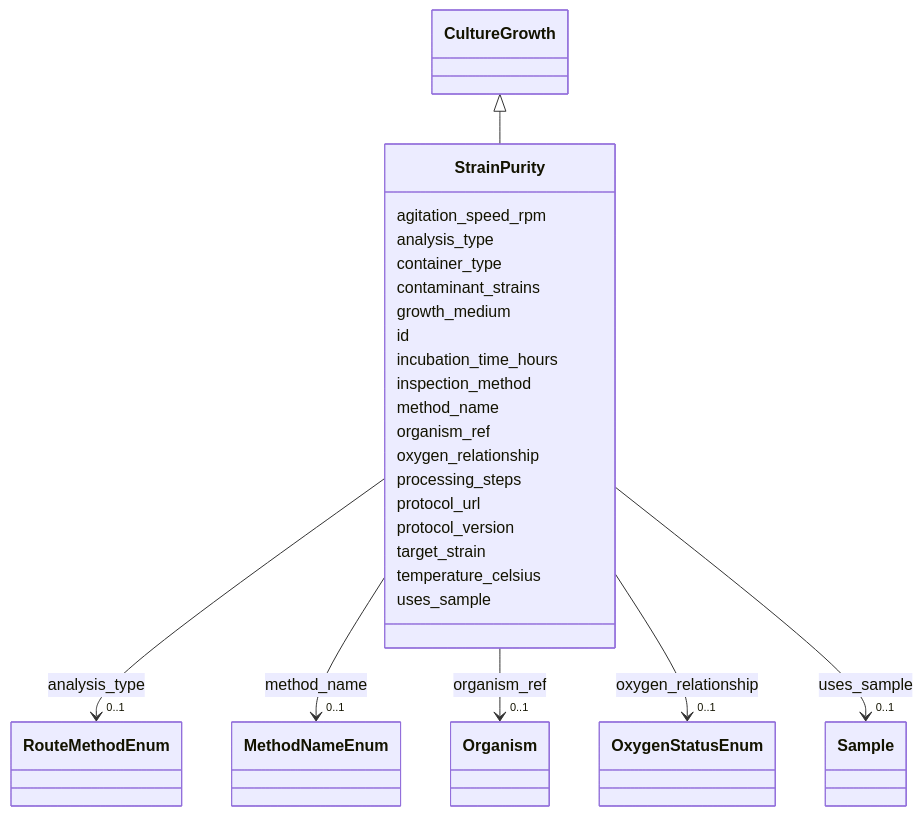
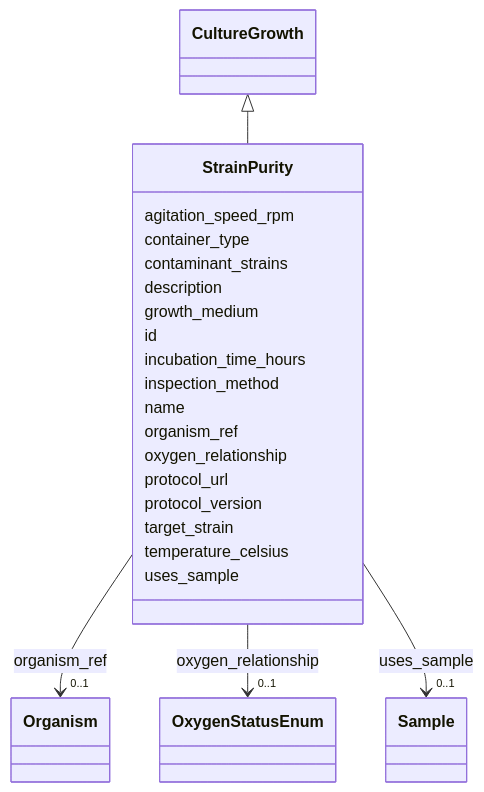
The diagram in docs/elements/StrainPurity.md (EMSL-Computing/BASALT-Schema), drawn with Mermaid before and after one commit. The commit also changed other lines of this file and 550 other files, not shown here.

```diff
--- a/docs/elements/StrainPurity.md
+++ b/docs/elements/StrainPurity.md
@@ -34,20 +34,11 @@
       
       StrainPurity : agitation_speed_rpm
         
-      StrainPurity : analysis_type
-        
-          
-    
-        
-        
-        StrainPurity --> "0..1" RouteMethodEnum : analysis_type
-        click RouteMethodEnum href "../RouteMethodEnum/"
-    
-
-        
       StrainPurity : container_type
         
       StrainPurity : contaminant_strains
+        
+      StrainPurity : description
         
       StrainPurity : growth_medium
         
@@ -57,16 +48,7 @@
         
       StrainPurity : inspection_method
         
-      StrainPurity : method_name
-        
-          
-    
-        
-        
-        StrainPurity --> "0..1" MethodNameEnum : method_name
-        click MethodNameEnum href "../MethodNameEnum/"
-    
-
+      StrainPurity : name
         
       StrainPurity : organism_ref
         
@@ -90,8 +72,6 @@
     
 
         
-      StrainPurity : processing_steps
-        
       StrainPurity : protocol_url
         
       StrainPurity : protocol_version
```
